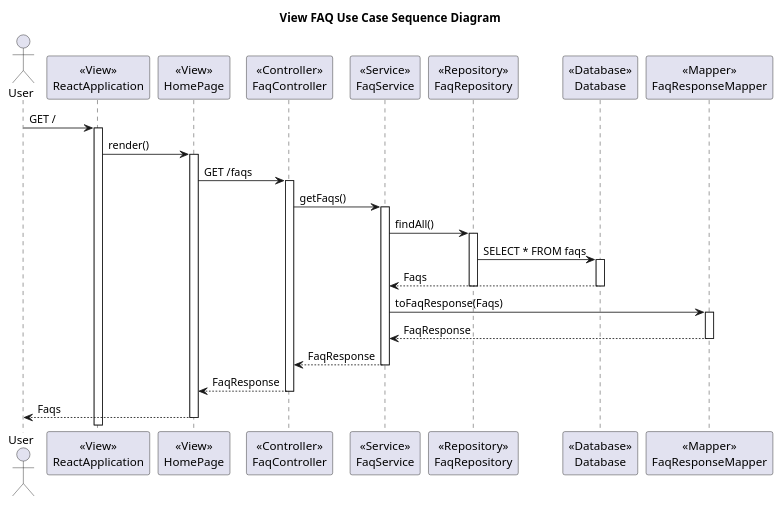
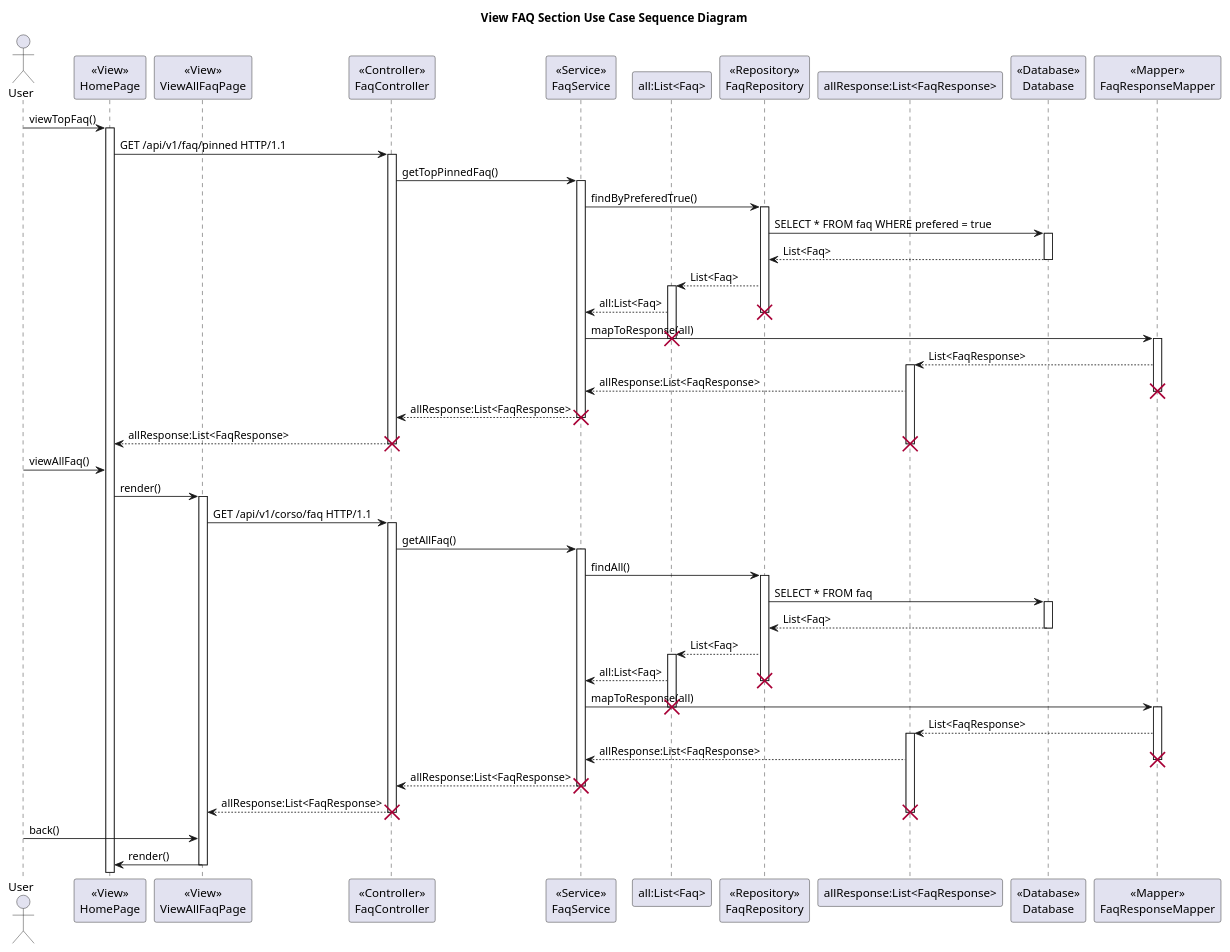
The diagram in Sprint_2/View_FAQ/Design-lvl-SSD.puml (DylanBrass/Corso-Website), drawn with PlantUML before and after one commit. The commit also changed 21 other files, not shown here.

First line of the commit message:
doc(CORSO): fixing diagrams (#7)

```diff
--- a/Sprint_2/View_FAQ/Design-lvl-SSD.puml
+++ b/Sprint_2/View_FAQ/Design-lvl-SSD.puml
@@ -1,71 +1,142 @@
 @startuml
 
-title View FAQ Use Case Sequence Diagram
+title View FAQ Section Use Case Sequence Diagram
 
 actor User
 
-participant ReactApplication as "<<View>>\nReactApplication"
 participant HomePage as "<<View>>\nHomePage"
+
+participant ViewAllFaqPage as "<<View>>\nViewAllFaqPage"
 
 participant FaqController as "<<Controller>>\nFaqController"
 
 participant FaqService as "<<Service>>\nFaqService"
 
+participant allFaq as "all:List<Faq>"
+
 participant FaqRepository as "<<Repository>>\nFaqRepository"
+
+participant allResponse as "allResponse:List<FaqResponse>"
 
 participant Database as "<<Database>>\nDatabase"
 
 participant FaqResponseMapper as "<<Mapper>>\nFaqResponseMapper"
 
-User -> ReactApplication : GET /
-activate ReactApplication
+User -> HomePage: viewTopFaq()
+activate HomePage
+HomePage -> FaqController: GET /api/v1/faq/pinned HTTP/1.1
+activate FaqController
+FaqController -> FaqService: getTopPinnedFaq()
+activate FaqService
+FaqService -> FaqRepository: findByPreferedTrue()
+activate FaqRepository
+FaqRepository -> Database: SELECT * FROM faq WHERE prefered = true
+activate Database
+Database --> FaqRepository: List<Faq>
+deactivate Database
+FaqRepository --> allFaq: List<Faq>
+activate allFaq
 
-ReactApplication -> HomePage : render()
-activate HomePage
+allFaq --> FaqService: all:List<Faq>
+
+destroy FaqRepository
+
+FaqService -> FaqResponseMapper: mapToResponse(all)
+destroy allFaq
+activate FaqResponseMapper
+
+FaqResponseMapper --> allResponse: List<FaqResponse>
+
+activate allResponse
+
+allResponse --> FaqService: allResponse:List<FaqResponse>
+destroy FaqResponseMapper
+
+FaqService --> FaqController: allResponse:List<FaqResponse>
+
+destroy FaqService
+
+FaqController --> HomePage: allResponse:List<FaqResponse>
+destroy allResponse
+
+destroy FaqController
+
+
+User -> HomePage: viewAllFaq()
+
+HomePage -> ViewAllFaqPage: render()
+
+activate ViewAllFaqPage
+
+ViewAllFaqPage -> FaqController: GET /api/v1/corso/faq HTTP/1.1
+
+activate FaqController
+
+FaqController -> FaqService: getAllFaq()
+
+activate FaqService
+
+FaqService -> FaqRepository: findAll()
+
+activate FaqRepository
+
+FaqRepository -> Database: SELECT * FROM faq
+
+activate Database
+
+Database --> FaqRepository: List<Faq>
+
+deactivate Database
+
+FaqRepository --> allFaq: List<Faq>
+
+activate allFaq
+
+allFaq --> FaqService: all:List<Faq>
+
+destroy FaqRepository
+
+FaqService -> FaqResponseMapper: mapToResponse(all)
+
+destroy allFaq
+
+activate FaqResponseMapper
+
+FaqResponseMapper --> allResponse: List<FaqResponse>
+
+activate allResponse
+
+allResponse --> FaqService: allResponse:List<FaqResponse>
+
+
+destroy FaqResponseMapper
+
+FaqService --> FaqController: allResponse:List<FaqResponse>
+
+destroy FaqService
+
+FaqController --> ViewAllFaqPage: allResponse:List<FaqResponse>
+destroy allResponse
+
+destroy FaqController
+
+User -> ViewAllFaqPage: back()
+ViewAllFaqPage -> HomePage: render()
+deactivate ViewAllFaqPage
 
 
 
-HomePage -> FaqController : GET /faqs
-activate FaqController
-
-
-FaqController -> FaqService : getFaqs()
-activate FaqService
-
-
-FaqService -> FaqRepository : findAll()
-activate FaqRepository
-
-
-FaqRepository -> Database : SELECT * FROM faqs
-activate Database
-
-Database --> FaqService : Faqs
-
-deactivate FaqRepository
-
-deactivate Database
 
 
 
-FaqService -> FaqResponseMapper : toFaqResponse(Faqs)
-activate FaqResponseMapper
 
-FaqResponseMapper --> FaqService : FaqResponse
 
-deactivate FaqResponseMapper
 
-FaqService --> FaqController : FaqResponse
 
-deactivate FaqService
 
-FaqController --> HomePage : FaqResponse
 
-deactivate FaqController
 
-HomePage --> User : Faqs
 
-deactivate HomePage
 
 
 @endpuml
```
